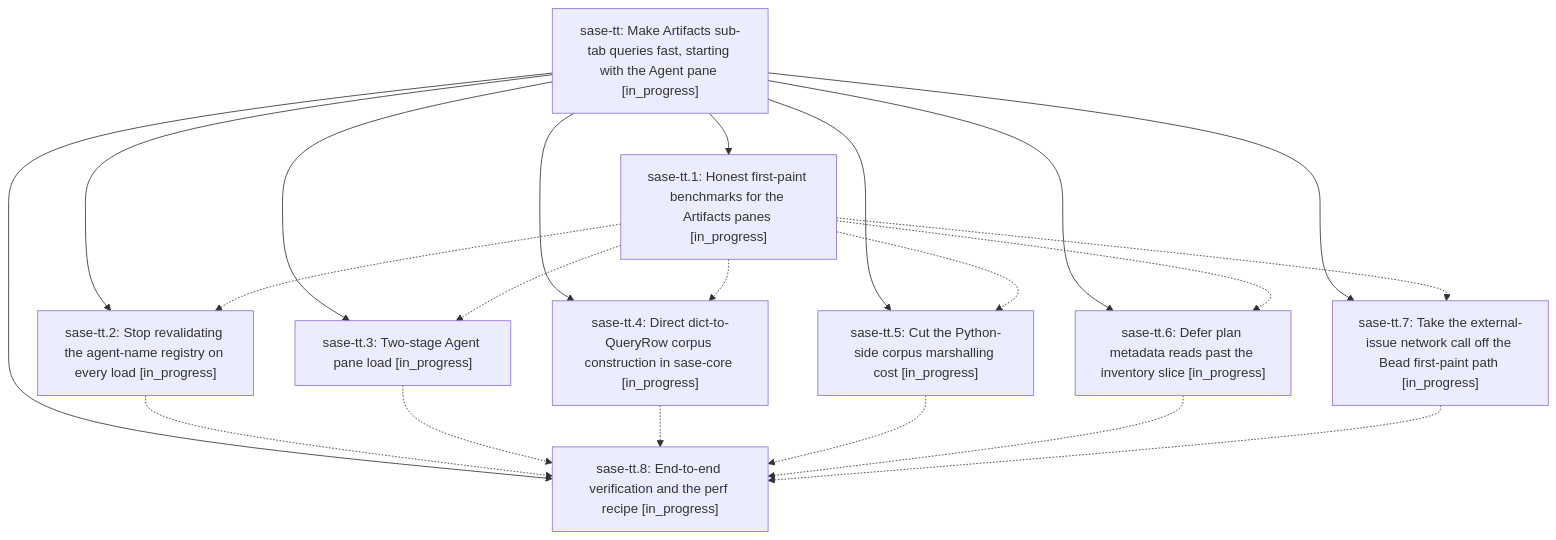
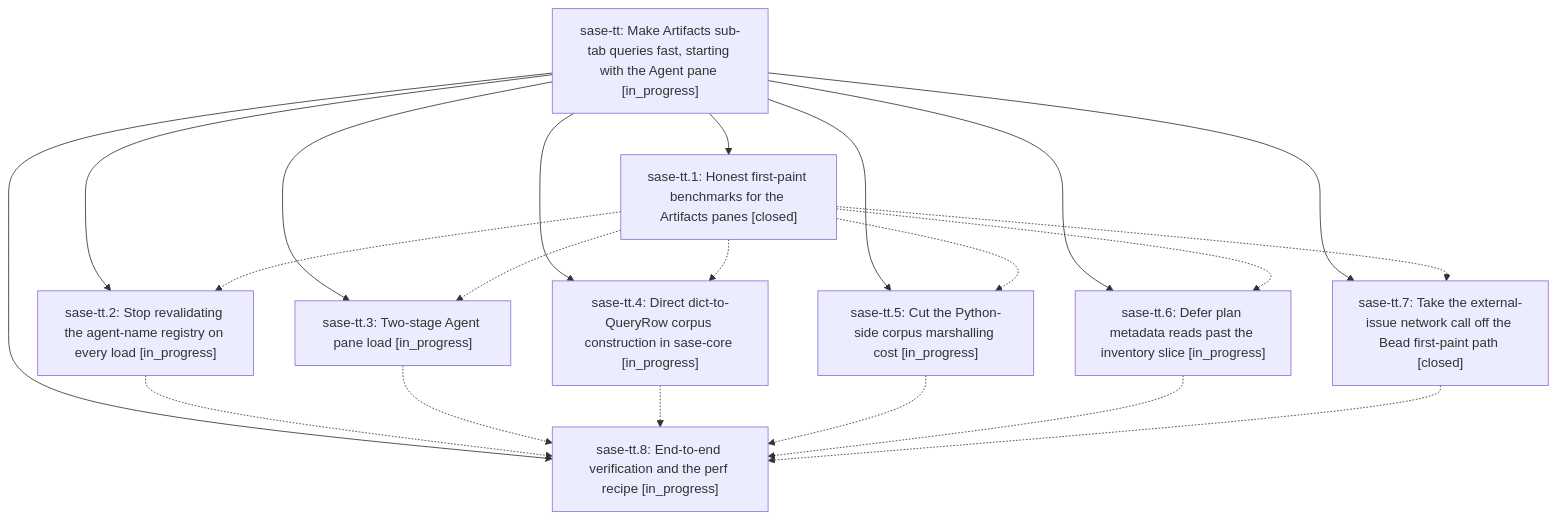
The diagram in pages/sase-tt/README.md (sase-org/sase--beads), drawn with Mermaid before and after one commit. The commit also changed other lines of this file and 8 other files, not shown here.

First line of the commit message:
chore(beads): sync bead state and pages for sase-tt

````diff
--- a/pages/sase-tt/README.md
+++ b/pages/sase-tt/README.md
@@ -29,32 +53,32 @@
 ```mermaid
 flowchart TD
     n0["sase-tt: Make Artifacts sub-tab queries fast, starting with the Agent pane [in_progress]"]
-    n1["sase-tt.1: Honest first-paint benchmarks for the Artifacts panes [in_progress]"]
+    n1["sase-tt.1: Honest first-paint benchmarks for the Artifacts panes [closed]"]
     n2["sase-tt.2: Stop revalidating the agent-name registry on every load [in_progress]"]
     n3["sase-tt.3: Two-stage Agent pane load [in_progress]"]
     n4["sase-tt.4: Direct dict-to-QueryRow corpus construction in sase-core [in_progress]"]
     n5["sase-tt.5: Cut the Python-side corpus marshalling cost [in_progress]"]
     n6["sase-tt.6: Defer plan metadata reads past the inventory slice [in_progress]"]
-    n7["sase-tt.7: Take the external-issue network call off the Bead first-paint path [in_progress]"]
+    n7["sase-tt.7: Take the external-issue network call off the Bead first-paint path [closed]"]
     n8["sase-tt.8: End-to-end verification and the perf recipe [in_progress]"]
     n0 --> n1
     n0 --> n2
     n0 --> n3
     n0 --> n4
     n0 --> n5
     n0 --> n6
     n0 --> n7
     n0 --> n8
     n1 -.-> n2
     n1 -.-> n3
     n1 -.-> n4
     n1 -.-> n5
     n1 -.-> n6
     n1 -.-> n7
     n2 -.-> n8
     n3 -.-> n8
     n4 -.-> n8
     n5 -.-> n8
     n6 -.-> n8
     n7 -.-> n8
 ```
````
